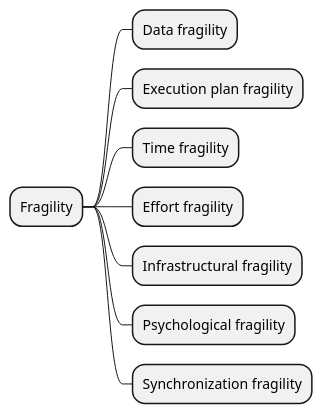
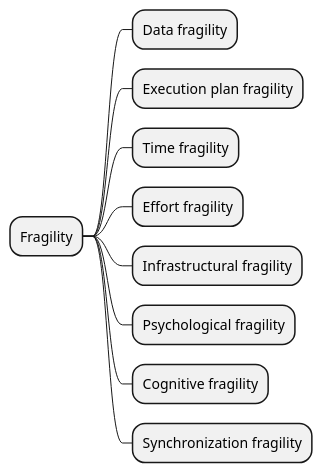
The third of 3 diagrams in Diagrams.md (Thefolle/ThesisFragility), drawn with PlantUML before and after one commit. The commit also changed 20 other files, not shown here.

````diff
--- a/Diagrams.md
+++ b/Diagrams.md
@@ -76,12 +76,13 @@
 ```plantuml
 @startmindmap
 * Fragility
 ** Data fragility
 ** Execution plan fragility
 ** Time fragility
 ** Effort fragility
 ** Infrastructural fragility
 ** Psychological fragility
+** Cognitive fragility
 ** Synchronization fragility
 @endmindmap
 ```
````
